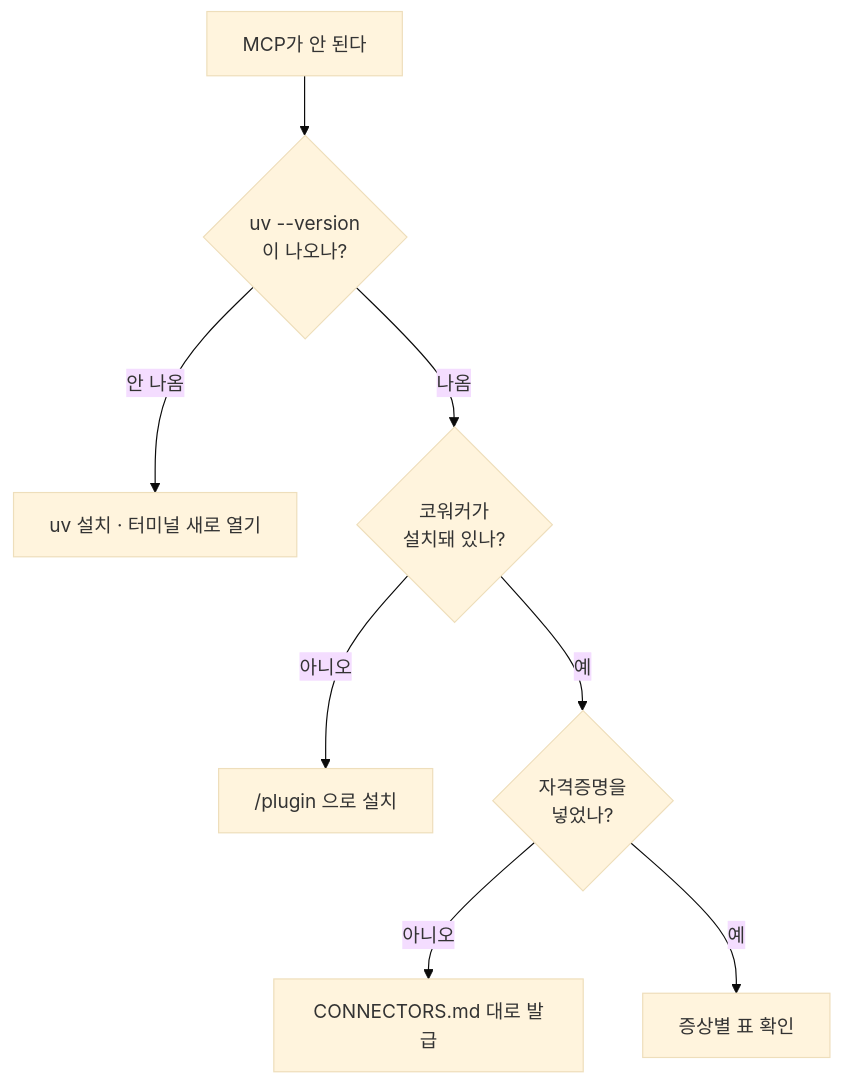
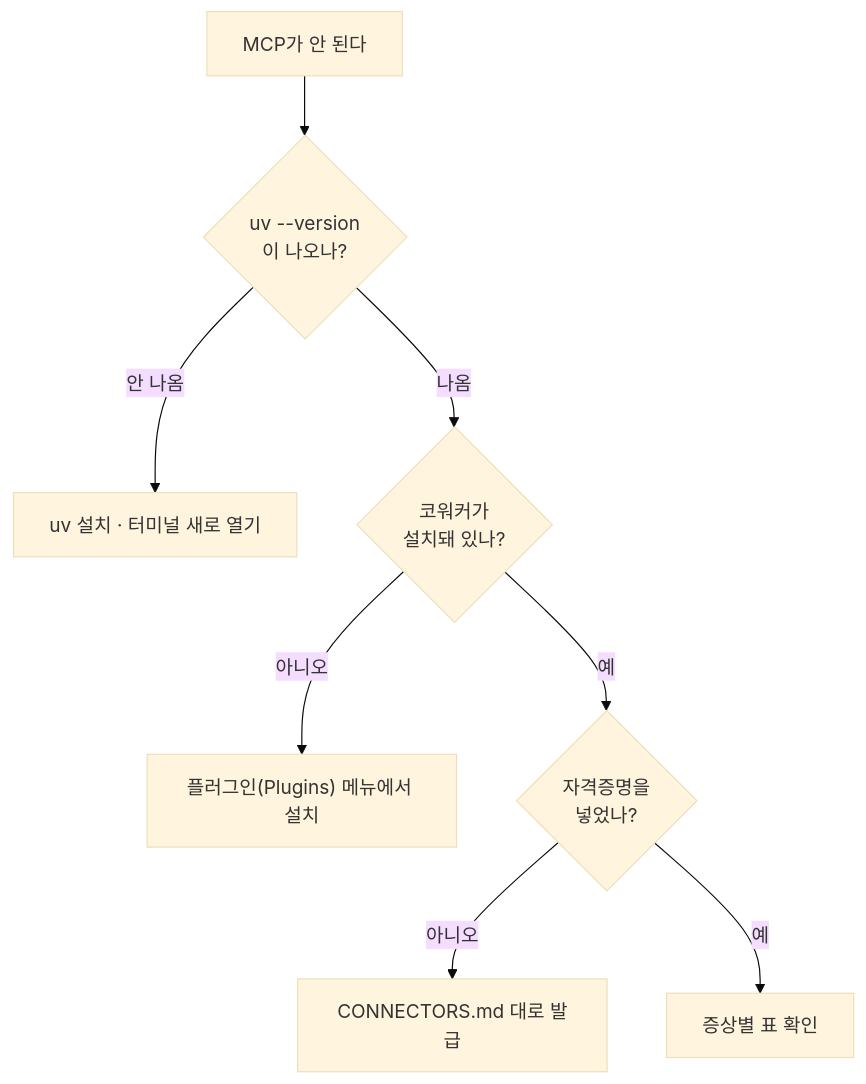
Before and after one commit to modu-ai/cowork-plugins: the diagram in www/content/plugins/mcp/troubleshooting.md, drawn with Mermaid (base theme). The commit also changed other lines of this file and 25 other files, not shown here.

````diff
--- a/www/content/plugins/mcp/troubleshooting.md
+++ b/www/content/plugins/mcp/troubleshooting.md
@@ -14,10 +14,10 @@
 ```mermaid
 flowchart TD
    A["MCP가 안 된다"] --> B{"uv --version<br/>이 나오나?"}
    B -->|안 나옴| B1["uv 설치 · 터미널 새로 열기"]
    B -->|나옴| C{"코워커가<br/>설치돼 있나?"}
-   C -->|아니오| C1["/plugin 으로 설치"]
+   C -->|아니오| C1["플러그인(Plugins) 메뉴에서 설치"]
    C -->|예| D{"자격증명을<br/>넣었나?"}
    D -->|아니오| D1["CONNECTORS.md 대로 발급"]
    D -->|예| E["증상별 표 확인"]
 ```
````
